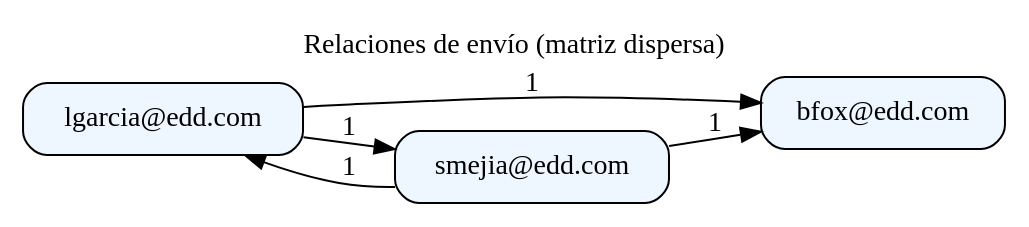
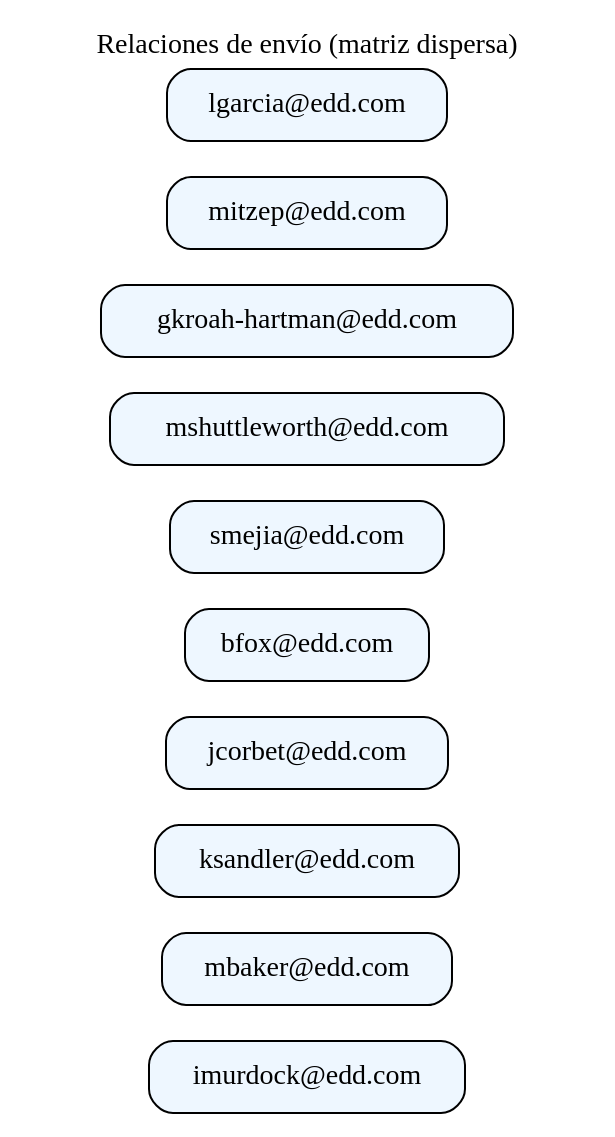
Before and after one commit to RSGarcia2002/-EDD-1S2025_202202123: the diagram in Fase1/EDDMail/src/Root-Reportes/relaciones.dot, drawn with Graphviz. The commit also changed 6 other files, not shown here.

```diff
--- a/Fase1/EDDMail/src/Root-Reportes/relaciones.dot
+++ b/Fase1/EDDMail/src/Root-Reportes/relaciones.dot
@@ -1,13 +1,16 @@
 digraph Relaciones {
   rankdir=LR;
   labelloc="t";
   label="Relaciones de envío (matriz dispersa)";
   node [shape=box, style="rounded,filled", fillcolor="#eef7ff"];
-  "lgarcia@edd.com";
+  "imurdock@edd.com";
+  "mbaker@edd.com";
+  "ksandler@edd.com";
+  "jcorbet@edd.com";
   "bfox@edd.com";
   "smejia@edd.com";
-  "lgarcia@edd.com" -> "bfox@edd.com" [label="1"];
-  "lgarcia@edd.com" -> "smejia@edd.com" [label="1"];
-  "smejia@edd.com" -> "lgarcia@edd.com" [label="1"];
-  "smejia@edd.com" -> "bfox@edd.com" [label="1"];
+  "mshuttleworth@edd.com";
+  "gkroah-hartman@edd.com";
+  "mitzep@edd.com";
+  "lgarcia@edd.com";
 }
```
